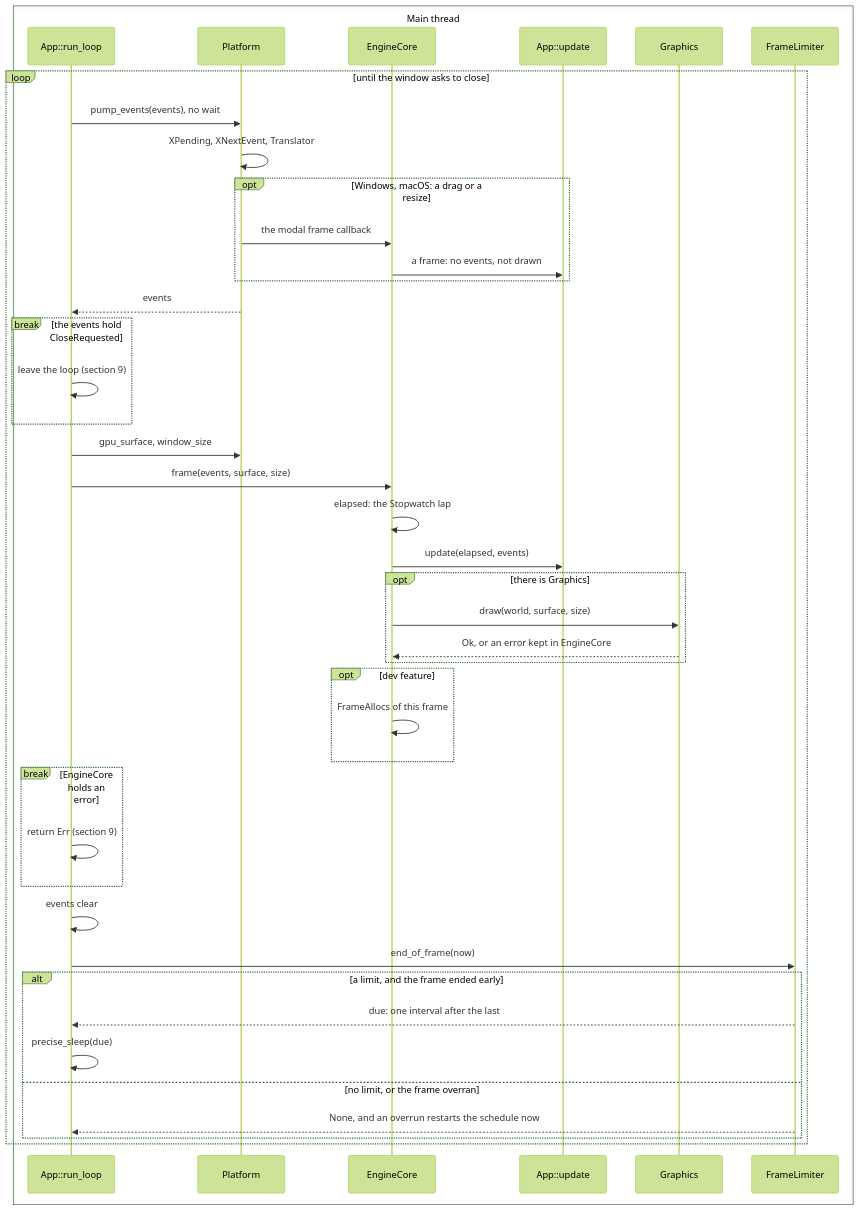
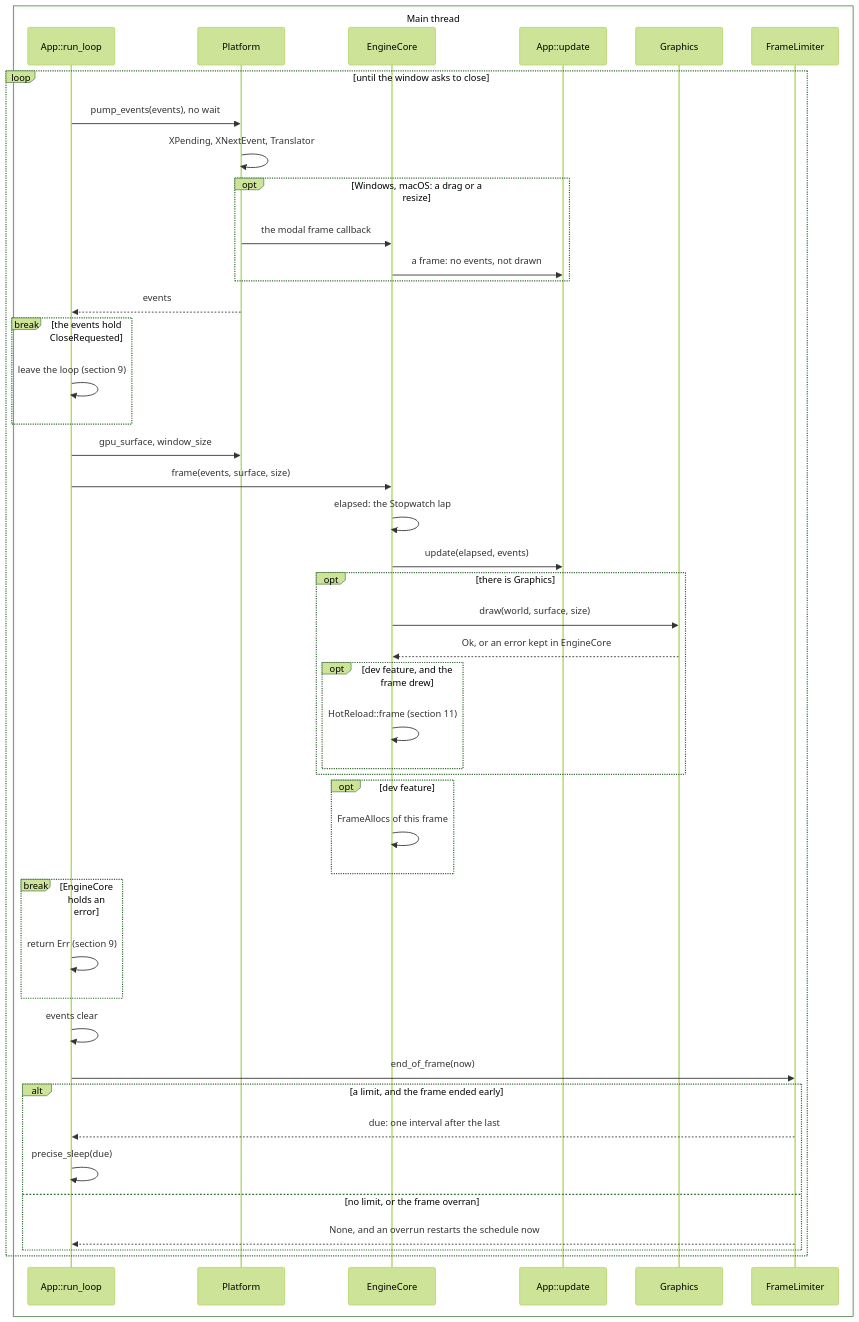
The third of 11 diagrams in diagrams/game-loop-sequence.md (jabbott-iii/Nadir), drawn with Mermaid (forest theme) before and after one commit. The commit also changed other lines of this file and 33 other files, not shown here.

````diff
--- a/diagrams/game-loop-sequence.md
+++ b/diagrams/game-loop-sequence.md
@@ -155,46 +155,49 @@
 ```mermaid
 sequenceDiagram
     box Main thread
         participant RL as App::run_loop
         participant Plat as Platform
         participant Core as EngineCore
         participant Upd as App::update
         participant Gfx as Graphics
         participant Lim as FrameLimiter
     end
 
     loop until the window asks to close
         RL->>Plat: pump_events(events), no wait
         Plat->>Plat: XPending, XNextEvent, Translator
         opt Windows, macOS: a drag or a resize
             Plat->>Core: the modal frame callback
             Core->>Upd: a frame: no events, not drawn
         end
         Plat-->>RL: events
         break the events hold CloseRequested
             RL->>RL: leave the loop (section 9)
         end
         RL->>Plat: gpu_surface, window_size
         RL->>Core: frame(events, surface, size)
         Core->>Core: elapsed: the Stopwatch lap
         Core->>Upd: update(elapsed, events)
         opt there is Graphics
             Core->>Gfx: draw(world, surface, size)
             Gfx-->>Core: Ok, or an error kept in EngineCore
+            opt dev feature, and the frame drew
+                Core->>Core: HotReload::frame (section 11)
+            end
         end
         opt dev feature
             Core->>Core: FrameAllocs of this frame
         end
         break EngineCore holds an error
             RL->>RL: return Err (section 9)
         end
         RL->>RL: events clear
         RL->>Lim: end_of_frame(now)
         alt a limit, and the frame ended early
             Lim-->>RL: due: one interval after the last
             RL->>RL: precise_sleep(due)
         else no limit, or the frame overran
             Lim-->>RL: None, and an overrun restarts the schedule now
         end
     end
 ```
````
